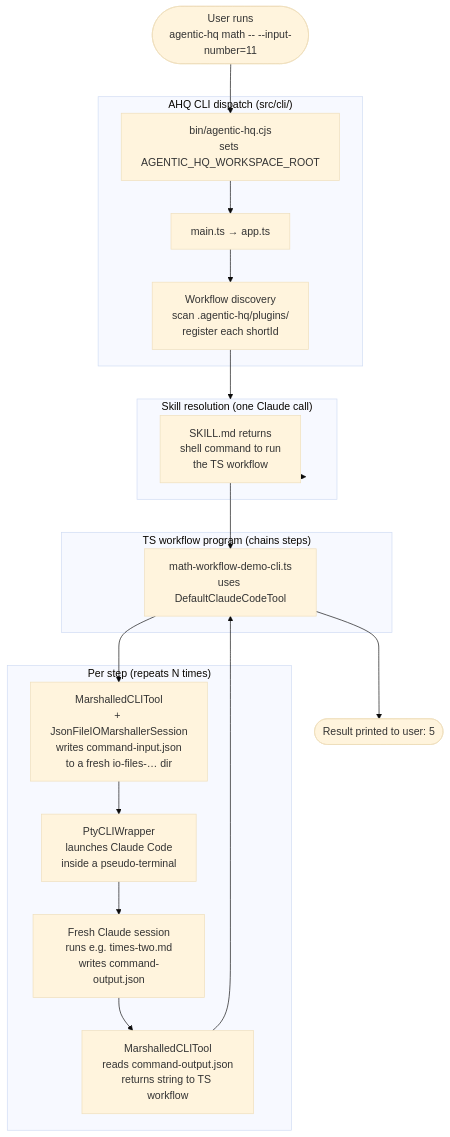
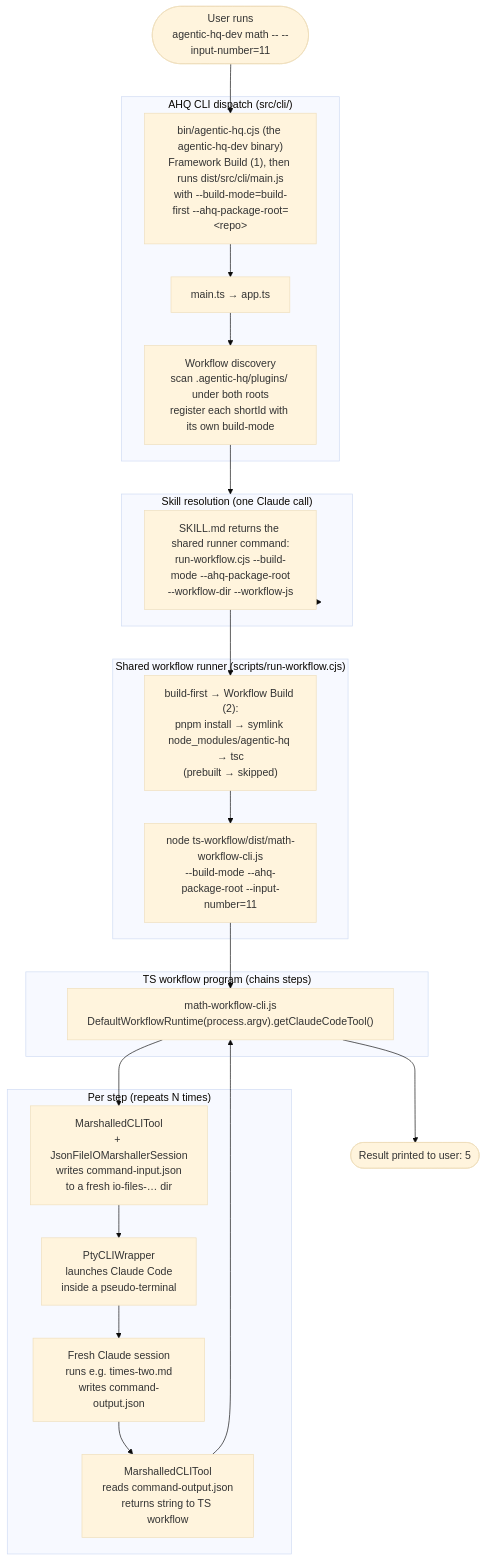
Before and after one commit to Agentic-HQ/agentic-hq: the diagram in docs/dev/how-agentic-hq-works.md, drawn with Mermaid (base theme). The commit also changed other lines of this file and 242 other files, not shown here.

````diff
--- a/docs/dev/how-agentic-hq-works.md
+++ b/docs/dev/how-agentic-hq-works.md
@@ -26,30 +27,35 @@
 ```mermaid
 flowchart TB
-    User([User runs<br/>agentic-hq math -- --input-number=11])
+    User([User runs<br/>agentic-hq-dev math -- --input-number=11])
 
     subgraph CLI["AHQ CLI dispatch (src/cli/)"]
-        Bin[bin/agentic-hq.cjs<br/>sets AGENTIC_HQ_WORKSPACE_ROOT]
+        Bin["bin/agentic-hq.cjs (the agentic-hq-dev binary)<br/>Framework Build (1), then runs dist/src/cli/main.js<br/>with --build-mode=build-first --ahq-package-root=&lt;repo&gt;"]
         Main[main.ts → app.ts]
-        Discovery[Workflow discovery<br/>scan .agentic-hq/plugins/<br/>register each shortId]
+        Discovery["Workflow discovery<br/>scan .agentic-hq/plugins/ under both roots<br/>register each shortId with its own build-mode"]
     end
 
     subgraph Resolve["Skill resolution (one Claude call)"]
-        Skill[SKILL.md returns<br/>shell command to run<br/>the TS workflow]
+        Skill["SKILL.md returns the shared runner command:<br/>run-workflow.cjs --build-mode --ahq-package-root<br/>--workflow-dir --workflow-js"]
+    end
+
+    subgraph Runner["Shared workflow runner (scripts/run-workflow.cjs)"]
+        Build2["build-first → Workflow Build (2):<br/>pnpm install → symlink node_modules/agentic-hq → tsc<br/>(prebuilt → skipped)"]
+        Run["node ts-workflow/dist/math-workflow-cli.js<br/>--build-mode --ahq-package-root --input-number=11"]
     end
 
     subgraph Workflow["TS workflow program (chains steps)"]
-        TS[math-workflow-demo-cli.ts<br/>uses DefaultClaudeCodeTool]
+        TS["math-workflow-cli.js<br/>DefaultWorkflowRuntime(process.argv).getClaudeCodeTool()"]
     end
 
     subgraph Step["Per step (repeats N times)"]
         Marshal[MarshalledCLITool<br/>+ JsonFileIOMarshallerSession<br/>writes command-input.json<br/>to a fresh io-files-… dir]
         Pty[PtyCLIWrapper<br/>launches Claude Code<br/>inside a pseudo-terminal]
         Cmd[Fresh Claude session<br/>runs e.g. times-two.md<br/>writes command-output.json]
         Read[MarshalledCLITool<br/>reads command-output.json<br/>returns string to TS workflow]
     end
 
     User --> Bin --> Main --> Discovery --> Resolve
-    Resolve --> Skill --> TS
+    Resolve --> Skill --> Build2 --> Run --> TS
     TS --> Marshal --> Pty --> Cmd --> Read --> TS
     TS --> Result([Result printed to user: 5])
 ```
````
